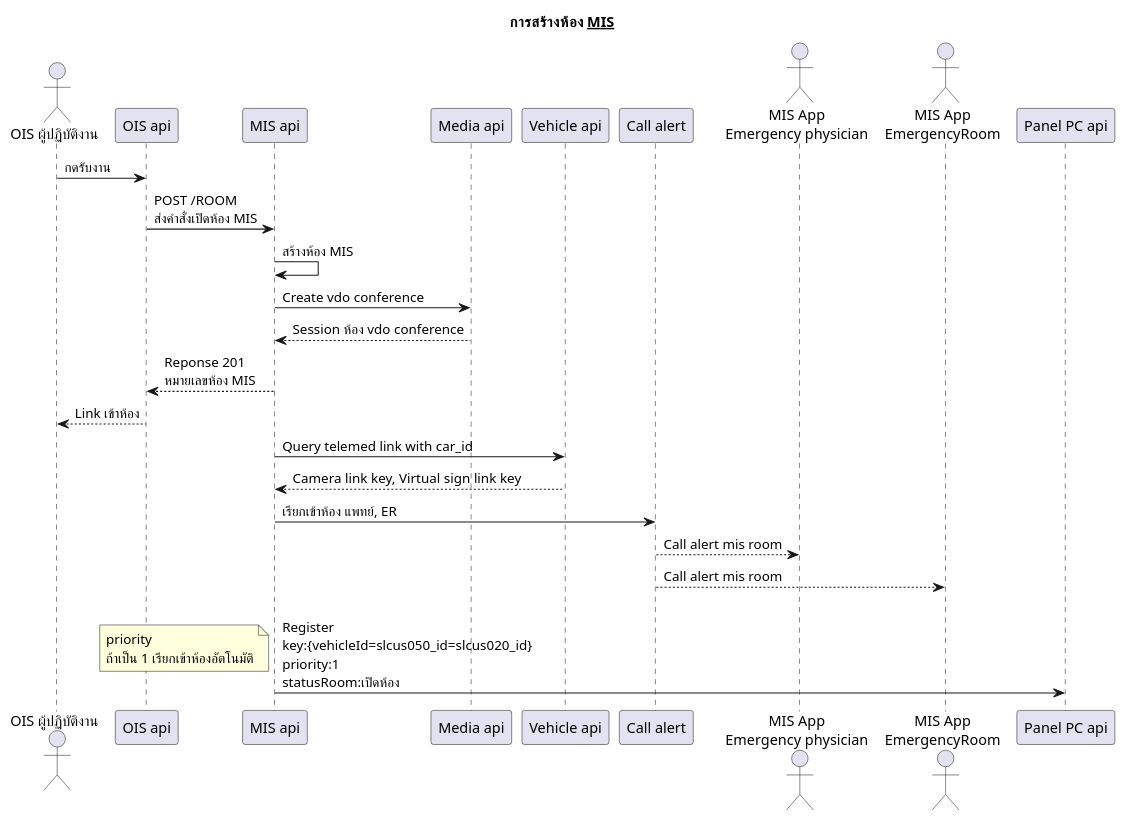
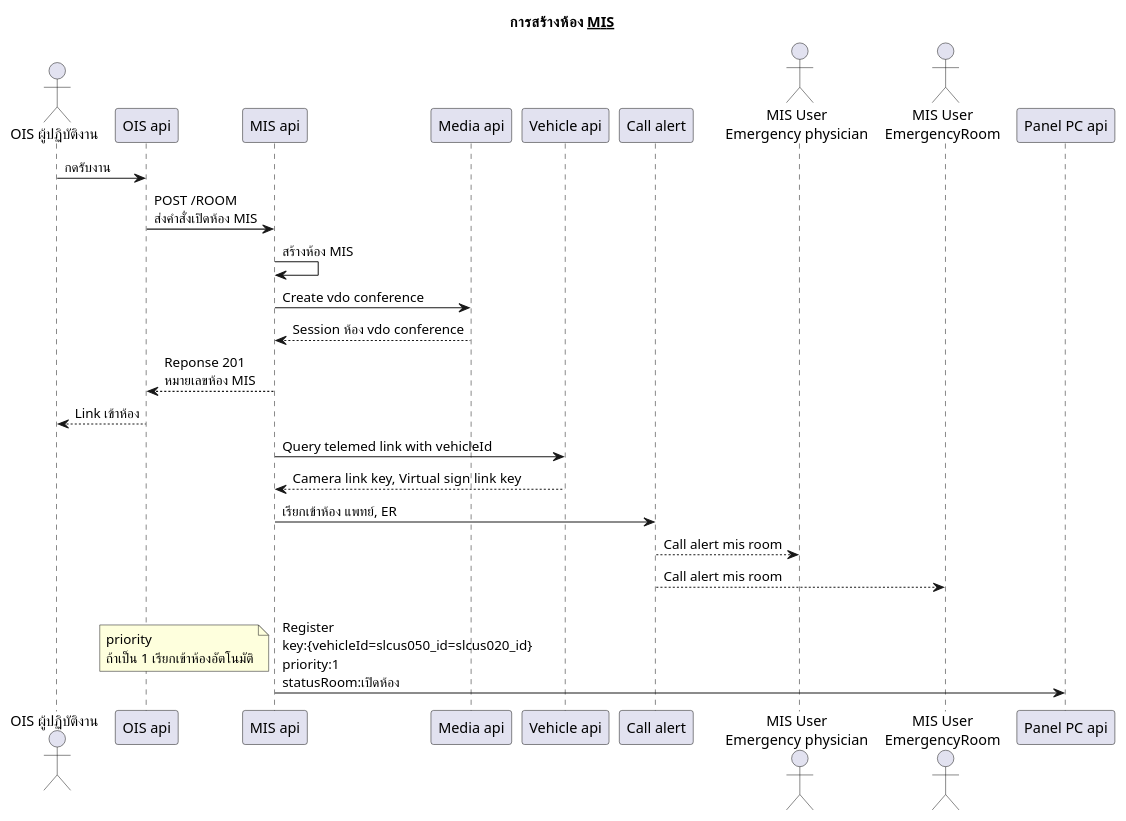
The diagram in uml/new_create_mis.plantuml (lionants02/mis-api-doc), drawn with PlantUML before and after one commit.

Commit message:
update create room

```diff
--- a/uml/new_create_mis.plantuml
+++ b/uml/new_create_mis.plantuml
@@ -1,27 +1,27 @@
 @startuml
 Title การสร้างห้อง __MIS__
   actor "OIS ผู้ปฏิบัติงาน" as OIS
   OIS -> "OIS api": กดรับงาน
   "OIS api"-> "MIS api": POST /ROOM\nส่งคำสั่งเปิดห้อง MIS
   "MIS api" -> "MIS api": สร้างห้อง MIS
 
   "MIS api" -> "Media api": Create vdo conference
   "MIS api" <-- "Media api": Session ห้อง vdo conference
 
   "OIS api"<-- "MIS api": Reponse 201\nหมายเลขห้อง MIS
   OIS <-- "OIS api": Link เข้าห้อง
 
-  "MIS api" -> "Vehicle api": Query telemed link with car_id
+  "MIS api" -> "Vehicle api": Query telemed link with vehicleId
   "MIS api" <-- "Vehicle api": Camera link key, Virtual sign link key
 
   "MIS api" -> "Call alert": เรียกเข้าห้อง แพทย์, ER
 
-  actor "MIS App\nEmergency physician" as MD
-  actor "MIS App\nEmergencyRoom" as ER
+  actor "MIS User\nEmergency physician" as MD
+  actor "MIS User\nEmergencyRoom" as ER
 
   "Call alert" --> MD: Call alert mis room
   "Call alert" --> ER: Call alert mis room
 
   "MIS api" -> "Panel PC api": \nRegister\nkey:{vehicleId=slcus050_id=slcus020_id}\npriority:1\nstatusRoom:เปิดห้อง
   note left: priority\nถ้าเป็น 1 เรียกเข้าห้องอัตโนมัติ
 @enduml
```
